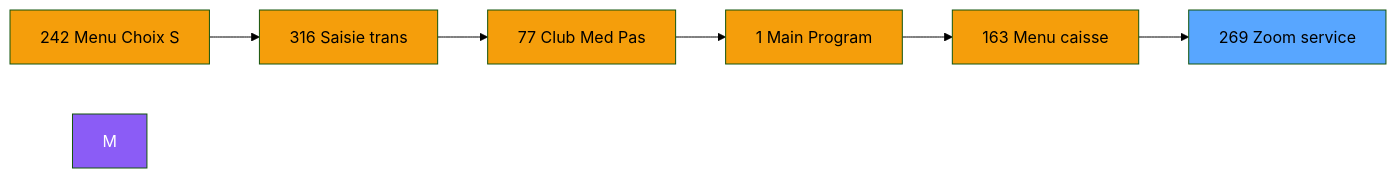
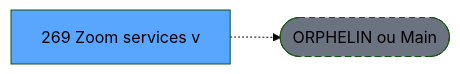
One commit to thonyAGP/lecteur-magic changed the second of 3 diagrams in .openspec/specs/ADH-IDE-269.md. Above: the diagram before and after it, drawn with Mermaid (forest theme). The commit also changed other lines of this file and 701 other files, not shown here.

````diff
--- a/.openspec/specs/ADH-IDE-269.md
+++ b/.openspec/specs/ADH-IDE-269.md
@@ -115,21 +117,8 @@
 ```mermaid
 graph LR
-    N242[242 Menu Choix S]
-    N316[316 Saisie trans]
-    N77[77 Club Med Pas]
-    N1[1 Main Program]
-    N163[163 Menu caisse ]
-    T[269 Zoom service]
-    N242 --> N316
-    N316 --> N77
-    N77 --> N1
-    N1 --> N163
-    N163 --> T
-    style M fill:#8b5cf6,color:#fff
-    style N242 fill:#f59e0b
-    style N316 fill:#f59e0b
-    style N77 fill:#f59e0b
-    style N1 fill:#f59e0b
-    style N163 fill:#f59e0b
+    T[269 Zoom services v]
+    ORPHAN([ORPHELIN ou Main])
+    T -.-> ORPHAN
     style T fill:#58a6ff,color:#000
+    style ORPHAN fill:#6b7280,stroke-dasharray: 5 5
 ```
````
